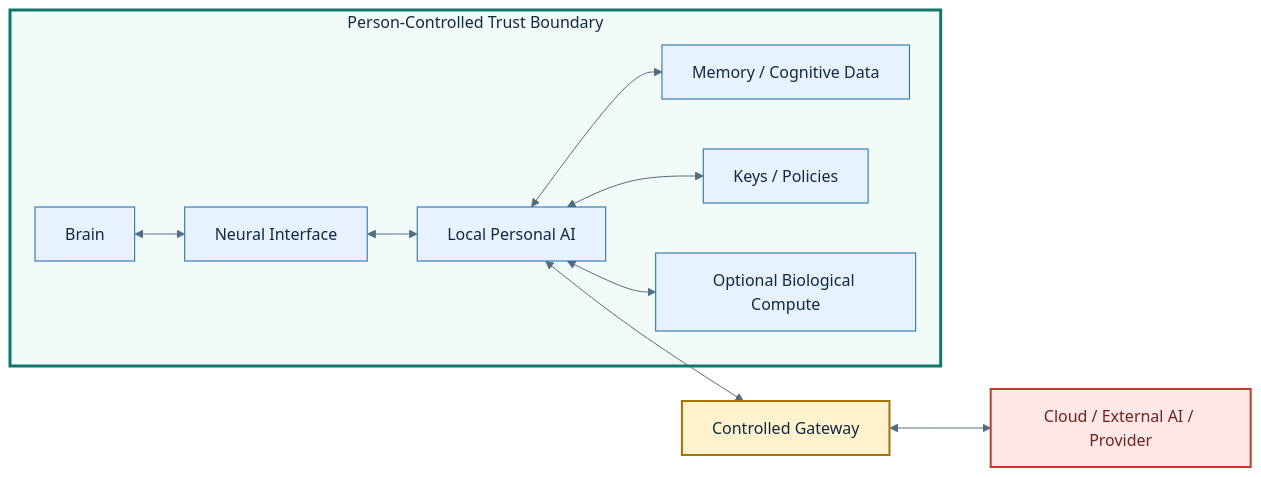
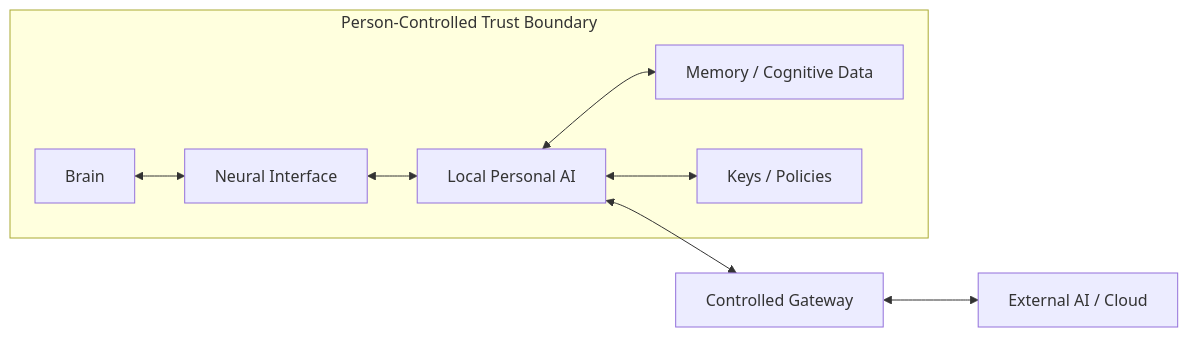
The diagram in README.md (kukukucode/cogauth), drawn with Mermaid before and after one commit. The commit also changed other lines of this file and 5 other files, not shown here.

````diff
--- a/README.md
+++ b/README.md
@@ -195,37 +34,21 @@
 ```mermaid
-%%{init: {"theme":"base","themeVariables":{
-  "background":"#FFFFFF",
-  "primaryColor":"#E8F1FF",
-  "primaryTextColor":"#102A43",
-  "primaryBorderColor":"#1769AA",
-  "secondaryColor":"#DDF4EE",
-  "tertiaryColor":"#FFF2CC",
-  "lineColor":"#526D82",
-  "textColor":"#102A43"
-}}}%%
 flowchart LR
     subgraph PCTB[Person-Controlled Trust Boundary]
         B[Brain]
         N[Neural Interface]
         A[Local Personal AI]
         M[Memory / Cognitive Data]
         K[Keys / Policies]
-        O[Optional Biological Compute]
 
         B <--> N
         N <--> A
         A <--> M
         A <--> K
-        A <--> O
     end
 
     G[Controlled Gateway]
-    X[Cloud / External AI / Provider]
+    X[External AI / Cloud]
 
     A <--> G
     G <--> X
-
-    style PCTB fill:#F3FBF9,stroke:#0F766E,stroke-width:3px,color:#102A43
-    style G fill:#FFF2CC,stroke:#A96F00,stroke-width:2px,color:#102A43
-    style X fill:#FFE8E6,stroke:#C0392B,stroke-width:2px,color:#7A1F1F
 ```
````
